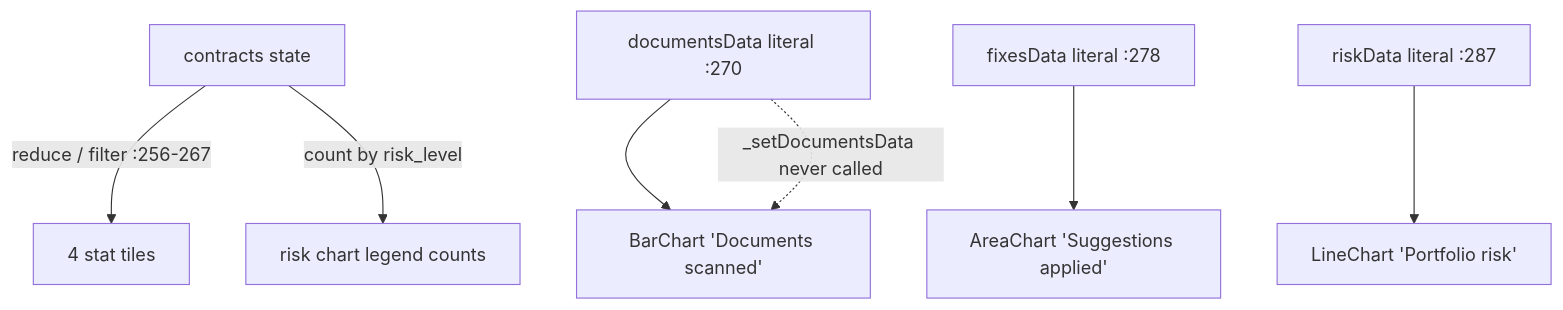
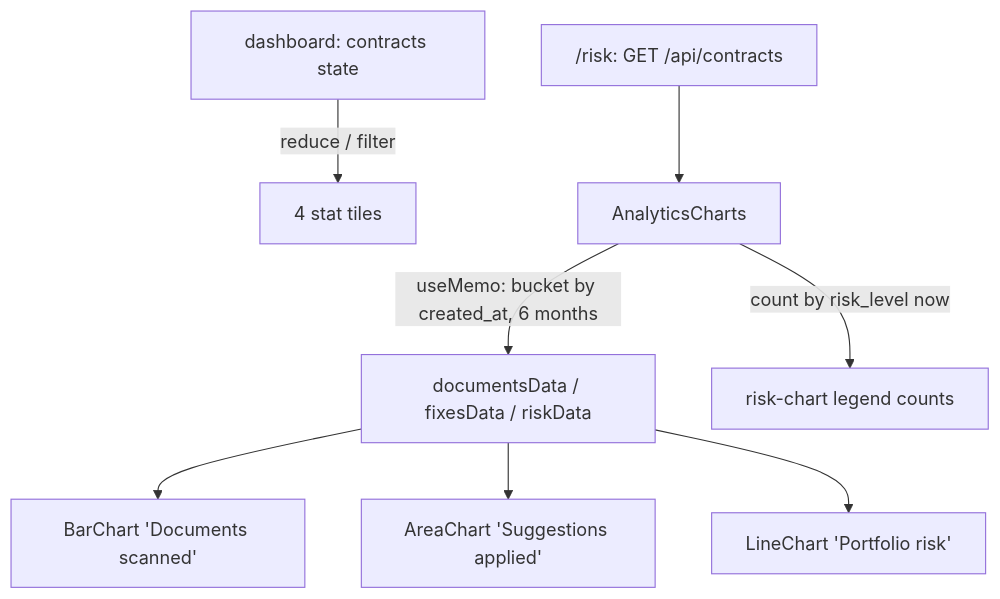
One commit to getlexora-ai/lexora changed the third of 6 diagrams in docs/workflows/g-dashboard-and-workspace.md. Above: the diagram before and after it, drawn with Mermaid. The commit also changed other lines of this file and 7 other files, not shown here.

````diff
--- a/docs/workflows/g-dashboard-and-workspace.md
+++ b/docs/workflows/g-dashboard-and-workspace.md
@@ -174,9 +186,10 @@
 ```mermaid
 flowchart TD
-  C[contracts state] -->|reduce / filter :256-267| T[4 stat tiles]
-  C -->|count by risk_level| LG[risk chart legend counts]
-  K1["documentsData literal :270"] --> BAR["BarChart 'Documents scanned'"]
-  K2["fixesData literal :278"] --> AR["AreaChart 'Suggestions applied'"]
-  K3["riskData literal :287"] --> LN["LineChart 'Portfolio risk'"]
-  K1 -. _setDocumentsData never called .-> BAR
+  C1[dashboard: contracts state] -->|reduce / filter| T[4 stat tiles]
+  R["/risk: GET /api/contracts"] --> AC[AnalyticsCharts]
+  AC -->|useMemo: bucket by created_at, 6 months| S["documentsData / fixesData / riskData"]
+  S --> BAR[BarChart 'Documents scanned']
+  S --> AR[AreaChart 'Suggestions applied']
+  S --> LN[LineChart 'Portfolio risk']
+  AC -->|count by risk_level now| LG[risk-chart legend counts]
 ```
````
